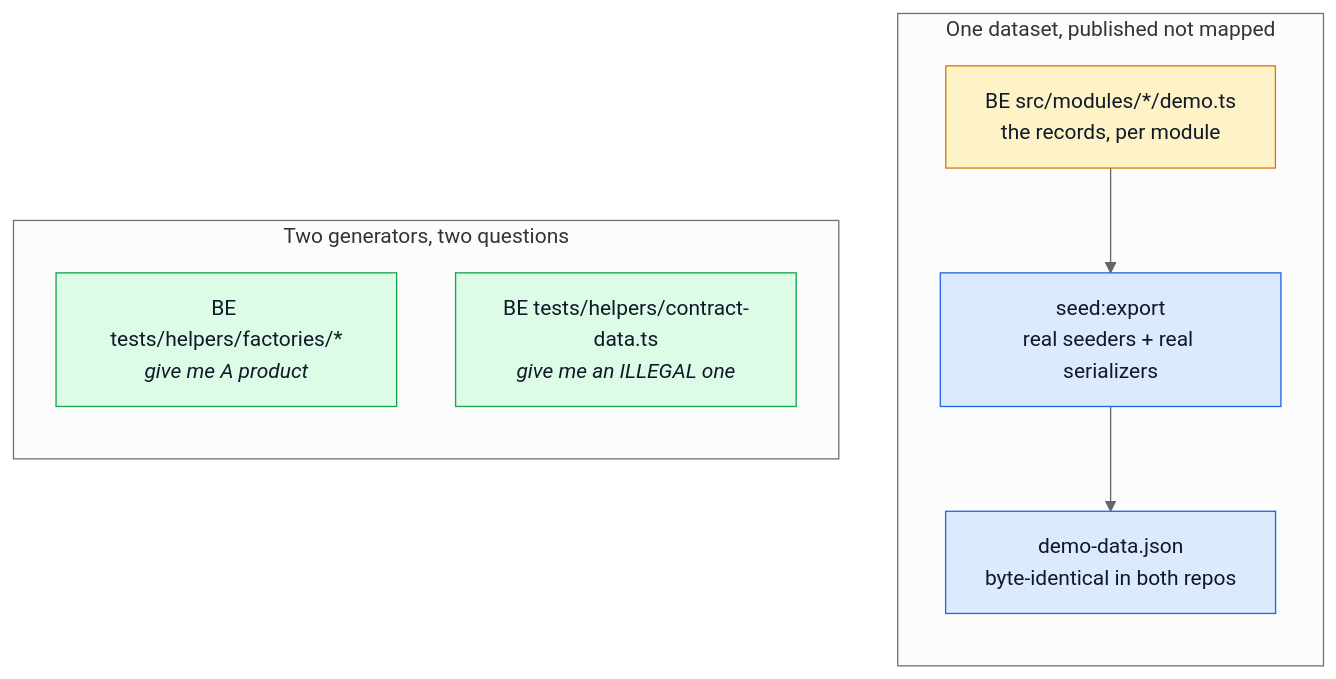
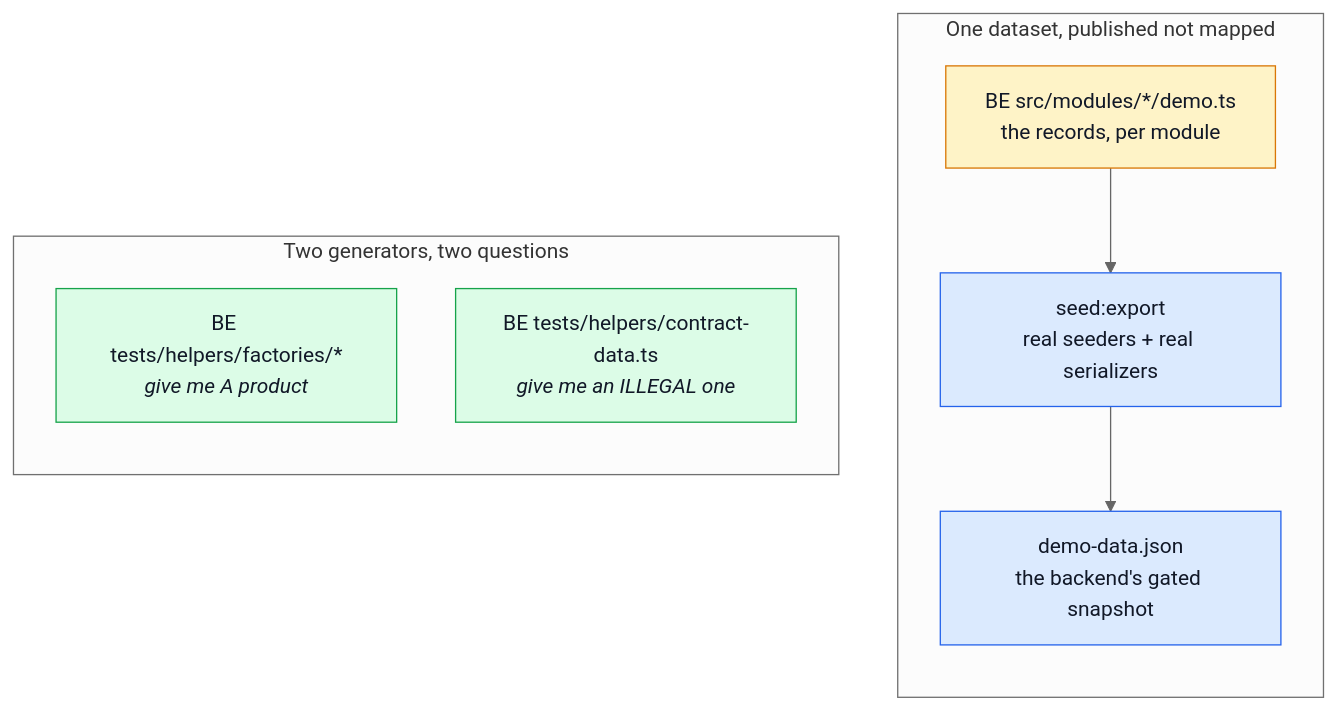
Before and after one commit to Guebbit/boilerplate-vue-frontend: the second of 3 diagrams in docs/tools/testing-and-docs.md, drawn with Mermaid (neutral theme). The commit also changed other lines of this file and 104 other files, not shown here.

````diff
--- a/docs/tools/testing-and-docs.md
+++ b/docs/tools/testing-and-docs.md
@@ -90,23 +90,23 @@
 ```mermaid
 %%{init: {'flowchart': {'nodeSpacing': 45, 'rankSpacing': 55}}}%%
 flowchart TB
     subgraph one["One dataset, published not mapped"]
         direction TB
         Records["BE src/modules/*/demo.ts<br/>the records, per module"]
         Records --> Export["seed:export<br/>real seeders + real serializers"]
-        Export --> Dataset["demo-data.json<br/>byte-identical in both repos"]
+        Export --> Dataset["demo-data.json<br/>the backend's gated snapshot"]
     end
 
     subgraph two["Two generators, two questions"]
         direction TB
         Factories["BE tests/helpers/factories/*<br/><i>give me A product</i>"]
         ContractData["BE tests/helpers/contract-data.ts<br/><i>give me an ILLEGAL one</i>"]
     end
 
     classDef source fill:#fef3c7,stroke:#d97706,color:#111827;
     classDef mapper fill:#dbeafe,stroke:#2563eb,color:#111827;
     classDef gen fill:#dcfce7,stroke:#16a34a,color:#111827;
     class Records source;
     class Export,Dataset mapper;
     class Factories,ContractData gen;
 ```
````
